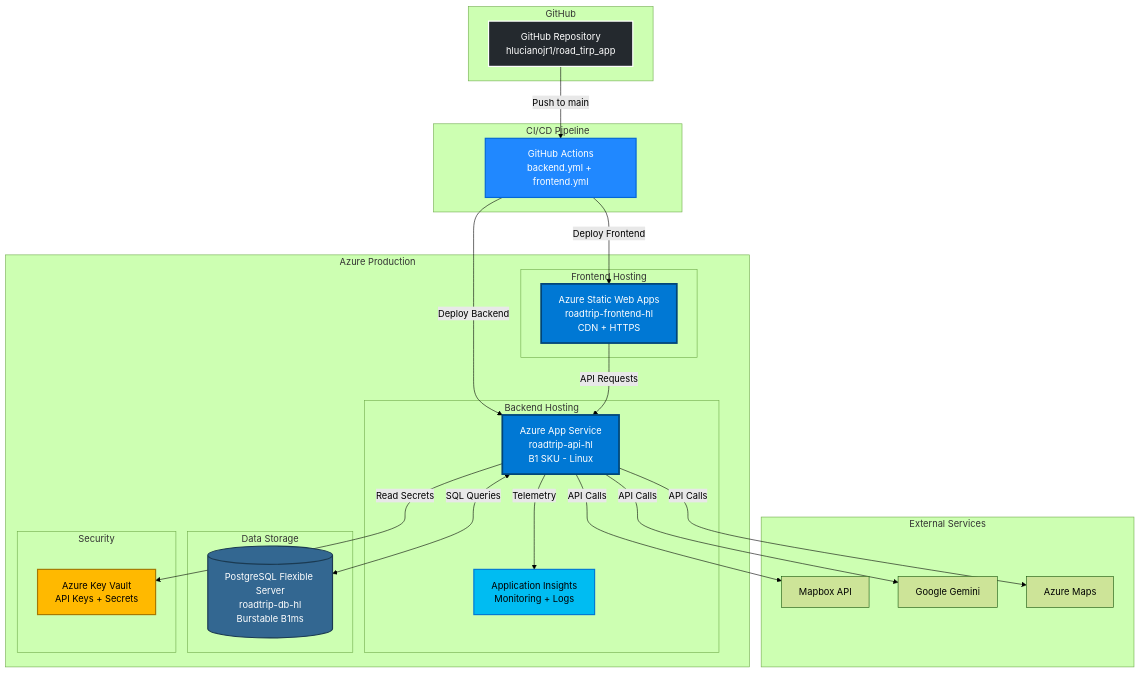
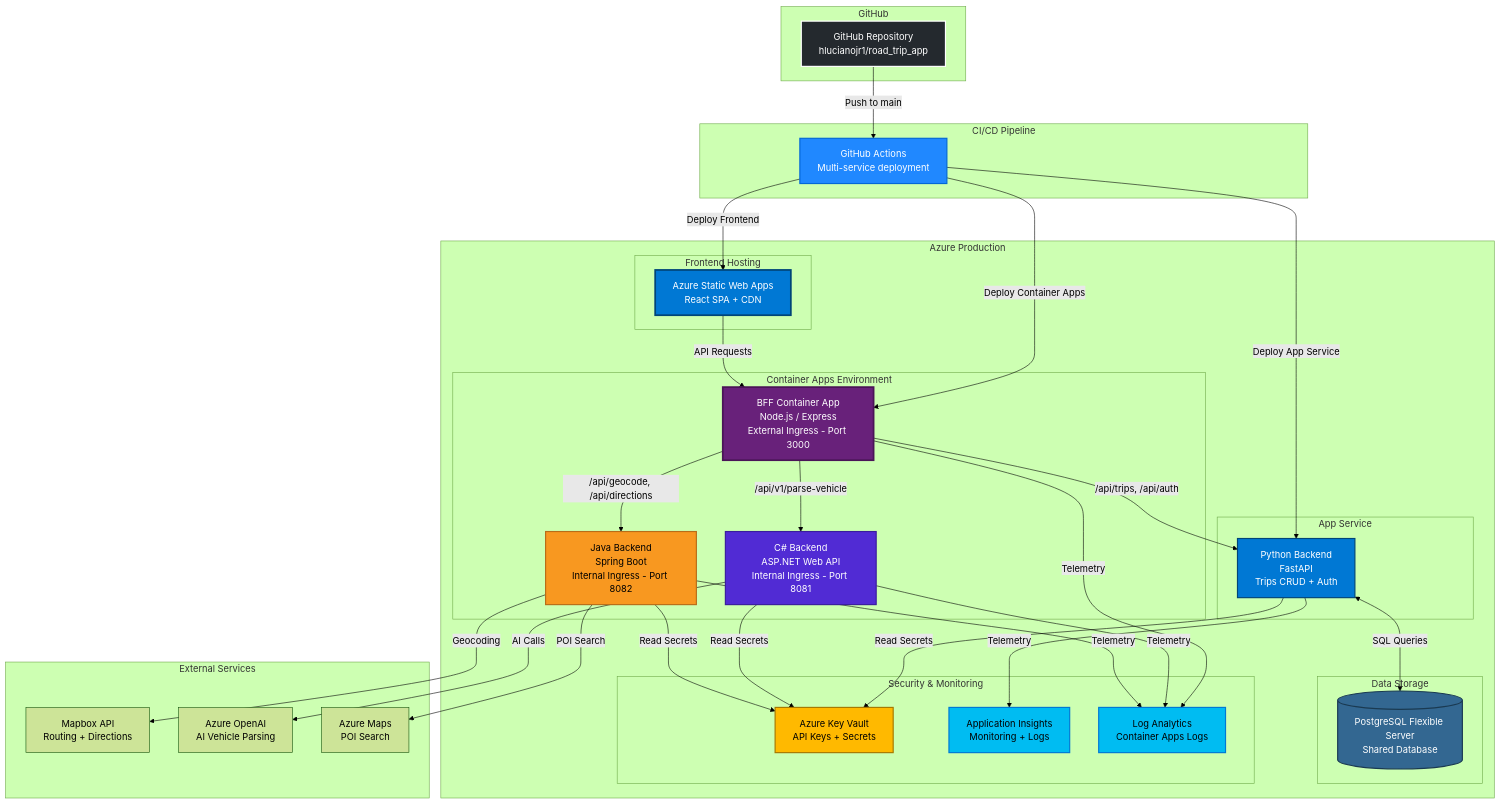
Before and after one commit to Insight-NA/aps-apex-ghcp-workshops-src: the second of 8 diagrams in github_copilot_csharp_python_foundational_workshop/docs/ARCHITECTURE.md, drawn with Mermaid (forest theme). The commit also changed other lines of this file and 200 other files, not shown here.

````diff
--- a/github_copilot_csharp_python_foundational_workshop/docs/ARCHITECTURE.md
+++ b/github_copilot_csharp_python_foundational_workshop/docs/ARCHITECTURE.md
@@ -107,54 +113,78 @@
 ```mermaid
 graph TB
     subgraph "GitHub"
-        GH[GitHub Repository<br/>hlucianojr1/road_tirp_app]
+        GH[GitHub Repository<br/>hlucianojr1/road_trip_app]
     end
     
     subgraph "CI/CD Pipeline"
-        GA[GitHub Actions<br/>backend.yml + frontend.yml]
+        GA[GitHub Actions<br/>Multi-service deployment]
     end
     
     subgraph "Azure Production"
         subgraph "Frontend Hosting"
-            SWA[Azure Static Web Apps<br/>roadtrip-frontend-hl<br/>CDN + HTTPS]
+            SWA[Azure Static Web Apps<br/>React SPA + CDN]
         end
         
-        subgraph "Backend Hosting"
-            AS[Azure App Service<br/>roadtrip-api-hl<br/>B1 SKU - Linux]
-            AI[Application Insights<br/>Monitoring + Logs]
+        subgraph "Container Apps Environment"
+            BFF[BFF Container App<br/>Node.js / Express<br/>External Ingress - Port 3000]
+            CSHARP[C# Backend<br/>ASP.NET Web API<br/>Internal Ingress - Port 8081]
+            JAVA[Java Backend<br/>Spring Boot<br/>Internal Ingress - Port 8082]
+        end
+        
+        subgraph "App Service"
+            AS[Python Backend<br/>FastAPI<br/>Trips CRUD + Auth]
         end
         
         subgraph "Data Storage"
-            PG[(PostgreSQL Flexible Server<br/>roadtrip-db-hl<br/>Burstable B1ms)]
+            PG[(PostgreSQL Flexible Server<br/>Shared Database)]
         end
         
-        subgraph "Security"
+        subgraph "Security & Monitoring"
             KV[Azure Key Vault<br/>API Keys + Secrets]
+            AI[Application Insights<br/>Monitoring + Logs]
+            LAW[Log Analytics<br/>Container Apps Logs]
         end
     end
     
     subgraph "External Services"
-        EXT1[Mapbox API]
-        EXT2[Google Gemini]
-        EXT3[Azure Maps]
+        MB[Mapbox API<br/>Routing + Directions]
+        AO[Azure OpenAI<br/>AI Vehicle Parsing]
+        AM[Azure Maps<br/>POI Search]
     end
     
     GH -->|Push to main| GA
     GA -->|Deploy Frontend| SWA
-    GA -->|Deploy Backend| AS
-    SWA -->|API Requests| AS
+    GA -->|Deploy Container Apps| BFF
+    GA -->|Deploy App Service| AS
+    
+    SWA -->|API Requests| BFF
+    BFF -->|/api/trips, /api/auth| AS
+    BFF -->|/api/v1/parse-vehicle| CSHARP
+    BFF -->|/api/geocode, /api/directions| JAVA
+    
+    AS <-->|SQL Queries| PG
     AS -->|Read Secrets| KV
-    AS <-->|SQL Queries| PG
+    CSHARP -->|Read Secrets| KV
+    JAVA -->|Read Secrets| KV
+    
+    BFF -->|Telemetry| LAW
+    CSHARP -->|Telemetry| LAW
+    JAVA -->|Telemetry| LAW
     AS -->|Telemetry| AI
-    AS -->|API Calls| EXT1
-    AS -->|API Calls| EXT2
-    AS -->|API Calls| EXT3
+    
+    CSHARP -->|AI Calls| AO
+    JAVA -->|Geocoding| MB
+    JAVA -->|POI Search| AM
     
     style GH fill:#24292e,stroke:#fff,stroke-width:2px,color:#fff
     style GA fill:#2088ff,stroke:#0366d6,stroke-width:2px,color:#fff
     style SWA fill:#0078d4,stroke:#004578,stroke-width:3px,color:#fff
-    style AS fill:#0078d4,stroke:#004578,stroke-width:3px,color:#fff
+    style BFF fill:#68217a,stroke:#4a1557,stroke-width:3px,color:#fff
+    style CSHARP fill:#512bd4,stroke:#3a1d9e,stroke-width:2px,color:#fff
+    style JAVA fill:#f89820,stroke:#b86d18,stroke-width:2px
+    style AS fill:#0078d4,stroke:#004578,stroke-width:2px,color:#fff
     style PG fill:#336791,stroke:#1a3a52,stroke-width:2px,color:#fff
     style KV fill:#ffb900,stroke:#a67800,stroke-width:2px
     style AI fill:#00bcf2,stroke:#0078d4,stroke-width:2px
+    style LAW fill:#00bcf2,stroke:#0078d4,stroke-width:2px
 ```
````
